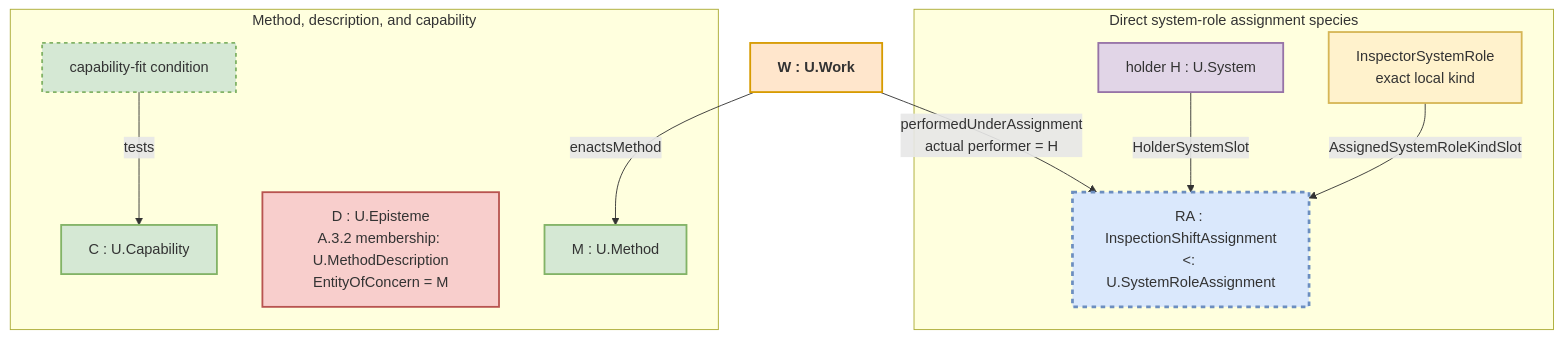
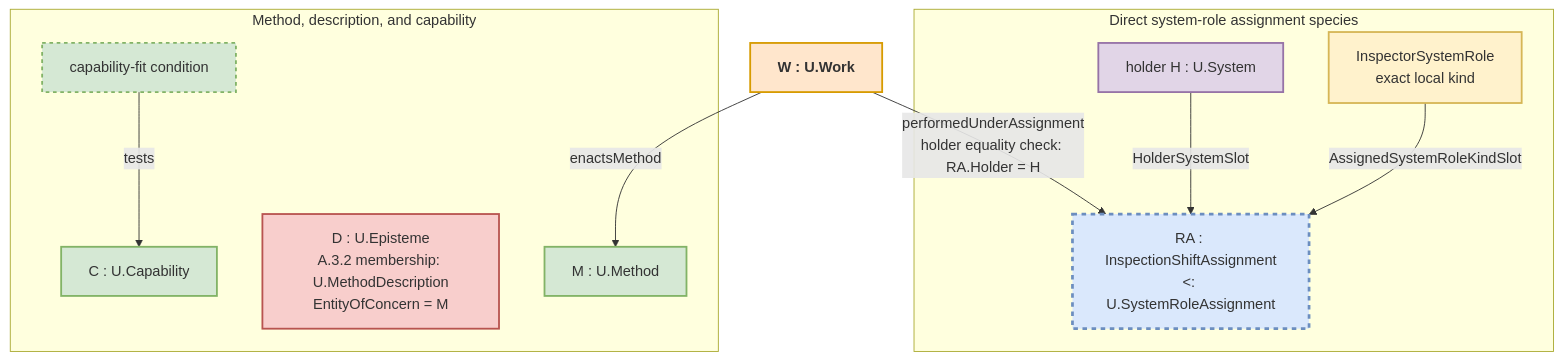
The diagram in fpf_chunks/by_pattern/A.15.md (ansea09/fpf-spec-mirror), drawn with Mermaid before and after one commit. The commit also changed other lines of this file and 4986 other files, not shown here.

````diff
--- a/fpf_chunks/by_pattern/A.15.md
+++ b/fpf_chunks/by_pattern/A.15.md
@@ -179,25 +184,25 @@
 ```mermaid
 graph TD
     subgraph "Direct system-role assignment species"
         H["holder H : U.System"] -- "HolderSystemSlot" --> RA["RA : InspectionShiftAssignment<br/><: U.SystemRoleAssignment"]
         K["InspectorSystemRole<br/>exact local kind"] -- "AssignedSystemRoleKindSlot" --> RA
     end
 
     subgraph "Method, description, and capability"
         M["M : U.Method"]
         D["D : U.Episteme<br/>A.3.2 membership: U.MethodDescription<br/>EntityOfConcern = M"]
         Cap["C : U.Capability"]
         Fit["capability-fit condition"] -- "tests" --> Cap
     end
 
-    W["W : U.Work"] -- "performedUnderAssignment<br/>actual performer = H" --> RA
+    W["W : U.Work"] -- "performedUnderAssignment<br/>holder equality check: RA.Holder = H" --> RA
     W -- "enactsMethod" --> M
     style K fill:#fff2cc,stroke:#d6b656,stroke-width:2px
     style Cap fill:#d5e8d4,stroke:#82b366,stroke-width:2px
     style Fit fill:#d5e8d4,stroke:#82b366,stroke-width:2px,stroke-dasharray: 4 4
     style M fill:#d5e8d4,stroke:#82b366,stroke-width:2px
     style D fill:#f8cecc,stroke:#b85450,stroke-width:2px
     style H fill:#e1d5e7,stroke:#9673a6,stroke-width:2px
     style RA fill:#dae8fc,stroke:#6c8ebf,stroke-width:3px,stroke-dasharray: 5 5
     style W fill:#ffe6cc,stroke:#d79b00,stroke-width:2px,font-weight:bold
 ```
````
